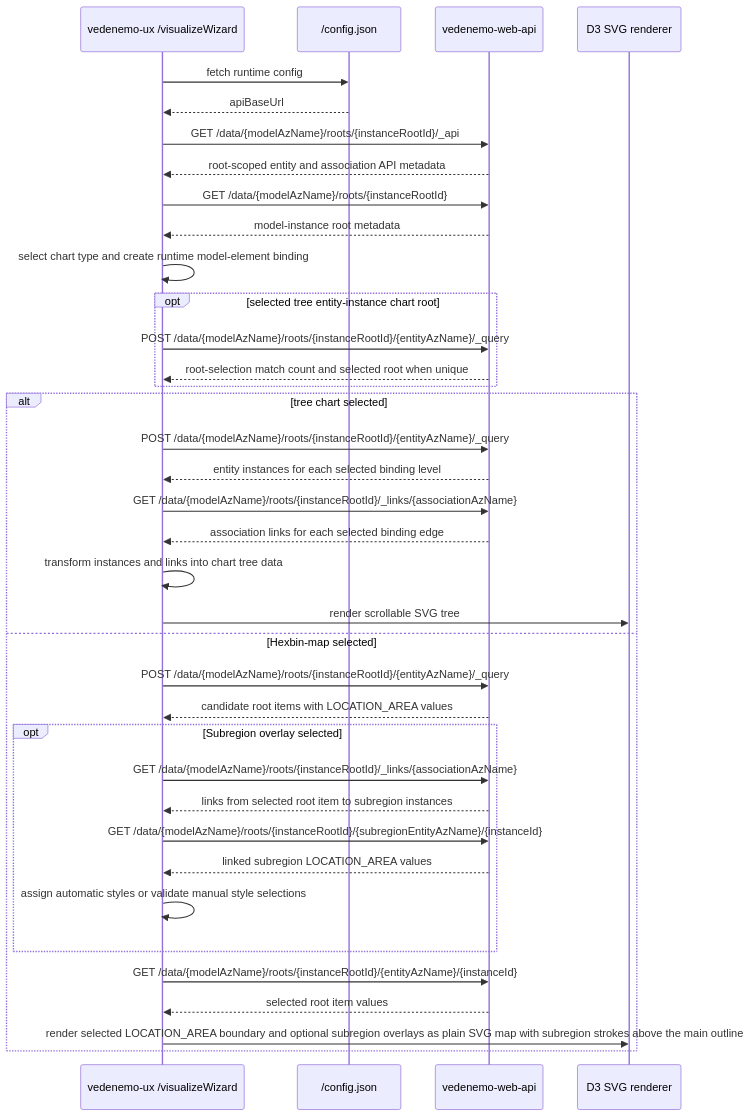
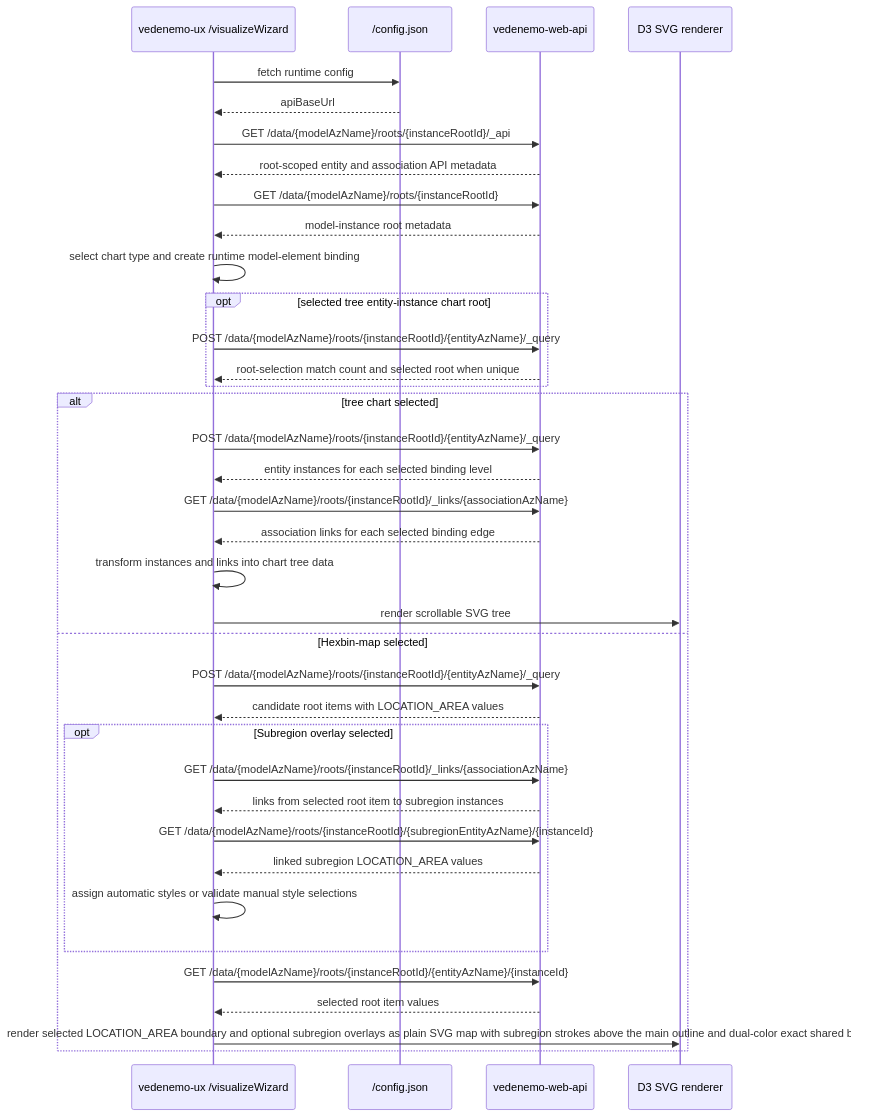
Before and after one commit to VedenemoDev/VedenemoMonorepo: the tenth of 12 diagrams in docs/architecture_doc.md, drawn with Mermaid. The commit also changed other lines of this file and 7 other files, not shown here.

First line of the commit message:
Add dual-color Hexbin-map shared borders

````diff
--- a/docs/architecture_doc.md
+++ b/docs/architecture_doc.md
@@ -997,40 +997,40 @@
 ```mermaid
 sequenceDiagram
     participant UX as vedenemo-ux /visualizeWizard
     participant Config as /config.json
     participant API as vedenemo-web-api
     participant D3 as D3 SVG renderer
 
     UX->>Config: fetch runtime config
     Config-->>UX: apiBaseUrl
     UX->>API: GET /data/{modelAzName}/roots/{instanceRootId}/_api
     API-->>UX: root-scoped entity and association API metadata
     UX->>API: GET /data/{modelAzName}/roots/{instanceRootId}
     API-->>UX: model-instance root metadata
     UX->>UX: select chart type and create runtime model-element binding
     opt selected tree entity-instance chart root
         UX->>API: POST /data/{modelAzName}/roots/{instanceRootId}/{entityAzName}/_query
         API-->>UX: root-selection match count and selected root when unique
     end
     alt tree chart selected
         UX->>API: POST /data/{modelAzName}/roots/{instanceRootId}/{entityAzName}/_query
         API-->>UX: entity instances for each selected binding level
         UX->>API: GET /data/{modelAzName}/roots/{instanceRootId}/_links/{associationAzName}
         API-->>UX: association links for each selected binding edge
         UX->>UX: transform instances and links into chart tree data
         UX->>D3: render scrollable SVG tree
     else Hexbin-map selected
         UX->>API: POST /data/{modelAzName}/roots/{instanceRootId}/{entityAzName}/_query
         API-->>UX: candidate root items with LOCATION_AREA values
         opt Subregion overlay selected
             UX->>API: GET /data/{modelAzName}/roots/{instanceRootId}/_links/{associationAzName}
             API-->>UX: links from selected root item to subregion instances
             UX->>API: GET /data/{modelAzName}/roots/{instanceRootId}/{subregionEntityAzName}/{instanceId}
             API-->>UX: linked subregion LOCATION_AREA values
             UX->>UX: assign automatic styles or validate manual style selections
         end
         UX->>API: GET /data/{modelAzName}/roots/{instanceRootId}/{entityAzName}/{instanceId}
         API-->>UX: selected root item values
-        UX->>D3: render selected LOCATION_AREA boundary and optional subregion overlays as plain SVG map with subregion strokes above the main outline
+        UX->>D3: render selected LOCATION_AREA boundary and optional subregion overlays as plain SVG map with subregion strokes above the main outline and dual-color exact shared borders
     end
 ```
````
